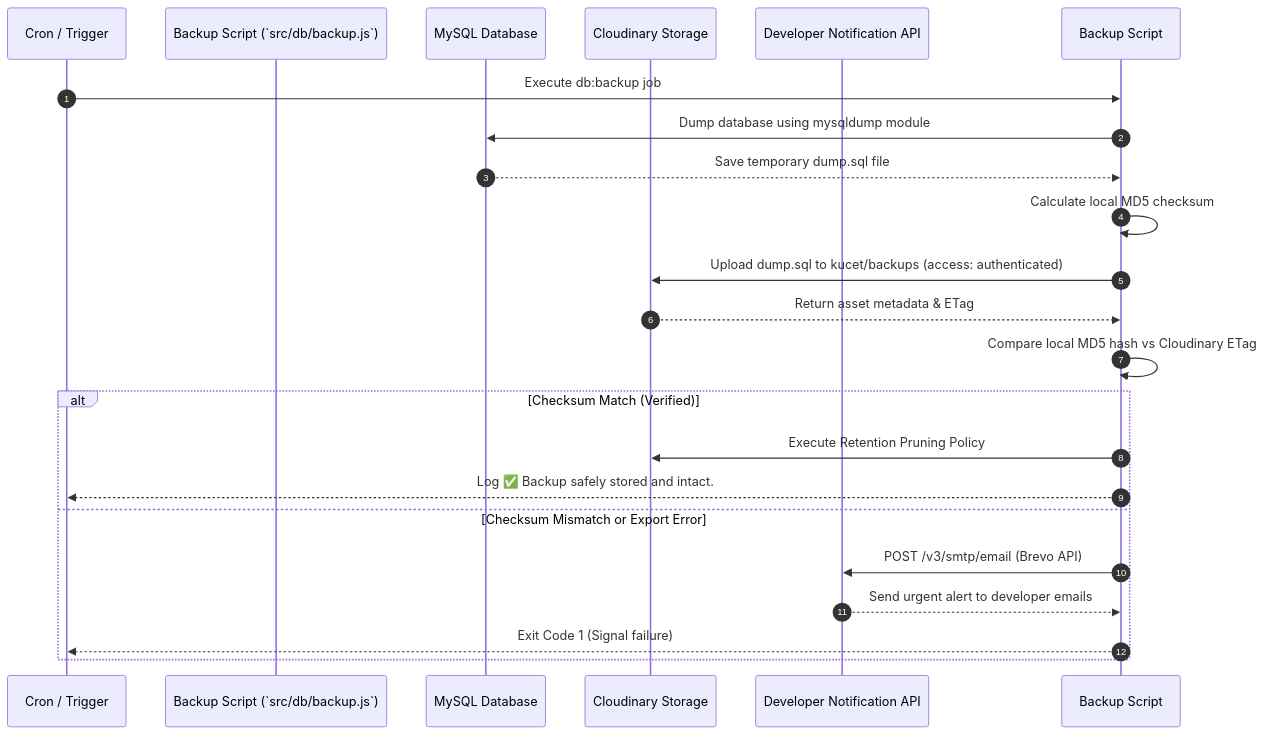
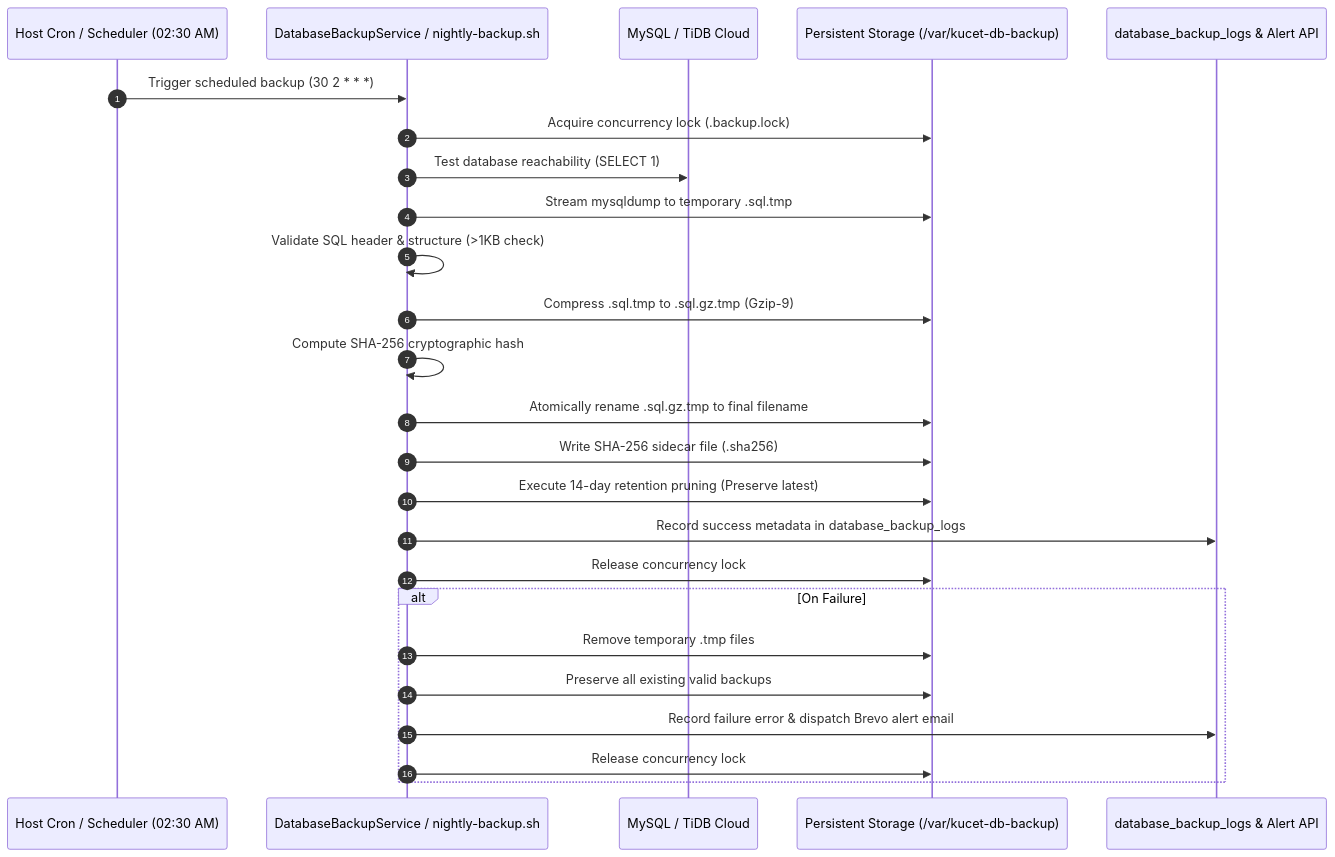
Before and after one commit to GouthamA15/KUCET_College_Management_System: the first of 2 diagrams in DOCUMENTATION/database/backup-strategy.md, drawn with Mermaid. The commit also changed other lines of this file and 24 other files, not shown here.

Commit message:
feat(backup): implement production database backup & recovery system with 14-day retention and guarded restore

````diff
--- a/DOCUMENTATION/database/backup-strategy.md
+++ b/DOCUMENTATION/database/backup-strategy.md
@@ -15,25 +32,28 @@
 ```mermaid
 sequenceDiagram
     autonumber
-    participant Cron / Trigger
-    participant Backup Script (`src/db/backup.js`)
-    participant MySQL Database
-    participant Cloudinary Storage
-    participant Developer Notification API
+    participant Cron as Host Cron / Scheduler (02:30 AM)
+    participant Engine as DatabaseBackupService / nightly-backup.sh
+    participant DB as MySQL / TiDB Cloud
+    participant Disk as Persistent Storage (/var/kucet-db-backup)
+    participant Log as database_backup_logs & Alert API
 
-    Cron / Trigger->>Backup Script: Execute db:backup job
-    Backup Script->>MySQL Database: Dump database using mysqldump module
-    MySQL Database-->>Backup Script: Save temporary dump.sql file
-    Backup Script->>Backup Script: Calculate local MD5 checksum
-    Backup Script->>Cloudinary Storage: Upload dump.sql to kucet/backups (access: authenticated)
-    Cloudinary Storage-->>Backup Script: Return asset metadata & ETag
-    Backup Script->>Backup Script: Compare local MD5 hash vs Cloudinary ETag
-    alt Checksum Match (Verified)
-        Backup Script->>Cloudinary Storage: Execute Retention Pruning Policy
-        Backup Script-->>Cron / Trigger: Log ✅ Backup safely stored and intact.
-    else Checksum Mismatch or Export Error
-        Backup Script->>Developer Notification API: POST /v3/smtp/email (Brevo API)
-        Developer Notification API-->>Backup Script: Send urgent alert to developer emails
-        Backup Script-->>Cron / Trigger: Exit Code 1 (Signal failure)
+    Cron->>Engine: Trigger scheduled backup (30 2 * * *)
+    Engine->>Disk: Acquire concurrency lock (.backup.lock)
+    Engine->>DB: Test database reachability (SELECT 1)
+    Engine->>Disk: Stream mysqldump to temporary .sql.tmp
+    Engine->>Engine: Validate SQL header & structure (>1KB check)
+    Engine->>Disk: Compress .sql.tmp to .sql.gz.tmp (Gzip-9)
+    Engine->>Engine: Compute SHA-256 cryptographic hash
+    Engine->>Disk: Atomically rename .sql.gz.tmp to final filename
+    Engine->>Disk: Write SHA-256 sidecar file (.sha256)
+    Engine->>Disk: Execute 14-day retention pruning (Preserve latest)
+    Engine->>Log: Record success metadata in database_backup_logs
+    Engine->>Disk: Release concurrency lock
+    alt On Failure
+        Engine->>Disk: Remove temporary .tmp files
+        Engine->>Disk: Preserve all existing valid backups
+        Engine->>Log: Record failure error & dispatch Brevo alert email
+        Engine->>Disk: Release concurrency lock
     end
 ```
````
